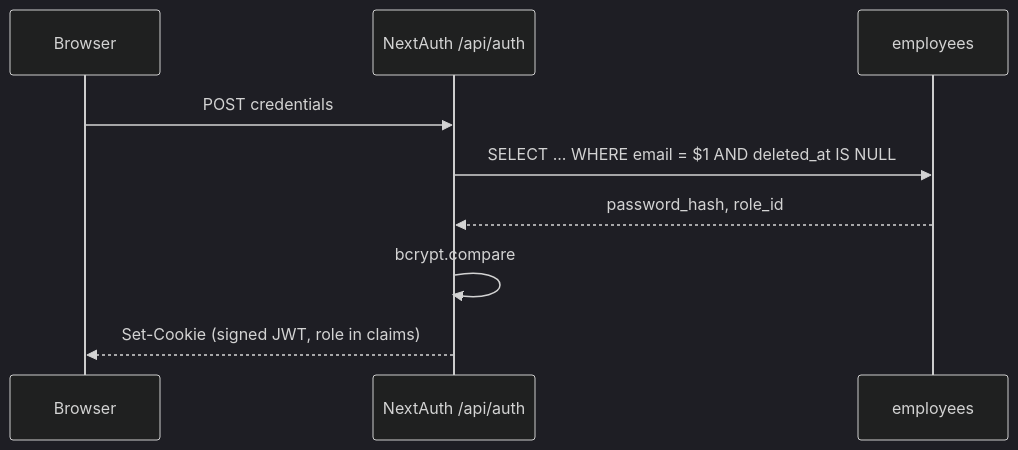
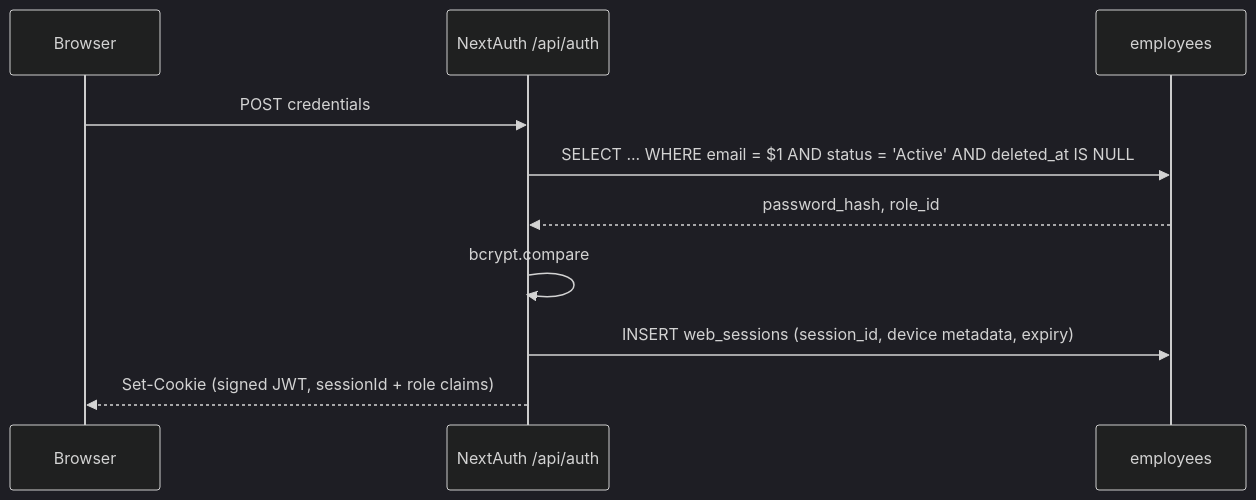
Before and after one commit to ro-mee/fleet-transpo: the diagram in Capstone/04 - Architecture/Authentication.md, drawn with Mermaid (dark theme). The commit also changed other lines of this file and 235 other files, not shown here.

````diff
--- a/Capstone/04 - Architecture/Authentication.md
+++ b/Capstone/04 - Architecture/Authentication.md
@@ -25,11 +39,12 @@
 ```mermaid
 sequenceDiagram
     participant U as Browser
     participant NA as NextAuth /api/auth
     participant DB as employees
     U->>NA: POST credentials
-    NA->>DB: SELECT ... WHERE email = $1 AND deleted_at IS NULL
+    NA->>DB: SELECT ... WHERE email = $1 AND status = 'Active' AND deleted_at IS NULL
     DB-->>NA: password_hash, role_id
     NA->>NA: bcrypt.compare
-    NA-->>U: Set-Cookie (signed JWT, role in claims)
+    NA->>DB: INSERT web_sessions (session_id, device metadata, expiry)
+    NA-->>U: Set-Cookie (signed JWT, sessionId + role claims)
 ```
````
